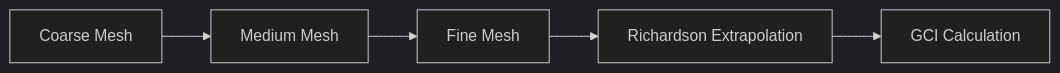
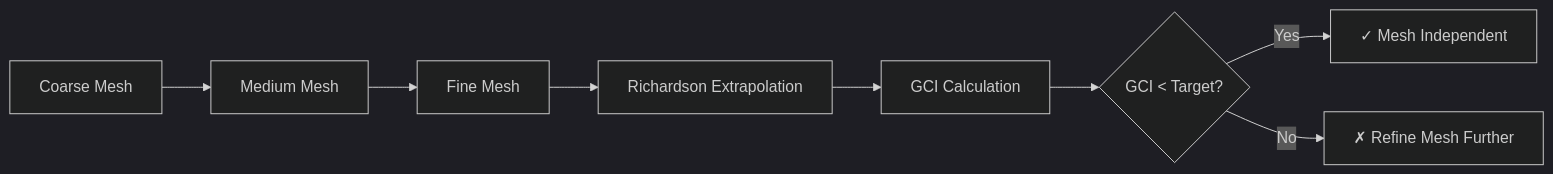
One commit to wramet/build-my-cfd changed the diagram in MODULE_04_MULTIPHASE_FUNDAMENTALS/CONTENT/07_VALIDATION/03_Grid_Convergence.md. Above: the diagram before and after it, drawn with Mermaid (dark theme). The commit also changed other lines of this file and 75 other files, not shown here.

````diff
--- a/MODULE_04_MULTIPHASE_FUNDAMENTALS/CONTENT/07_VALIDATION/03_Grid_Convergence.md
+++ b/MODULE_04_MULTIPHASE_FUNDAMENTALS/CONTENT/07_VALIDATION/03_Grid_Convergence.md
@@ -11,7 +31,10 @@
 ```mermaid
 flowchart LR
     A[Coarse Mesh] --> B[Medium Mesh]
     B --> C[Fine Mesh]
     C --> D[Richardson Extrapolation]
     D --> E[GCI Calculation]
+    E --> F{GCI < Target?}
+    F -->|Yes| G[✓ Mesh Independent]
+    F -->|No| H[✗ Refine Mesh Further]
 ```
````
